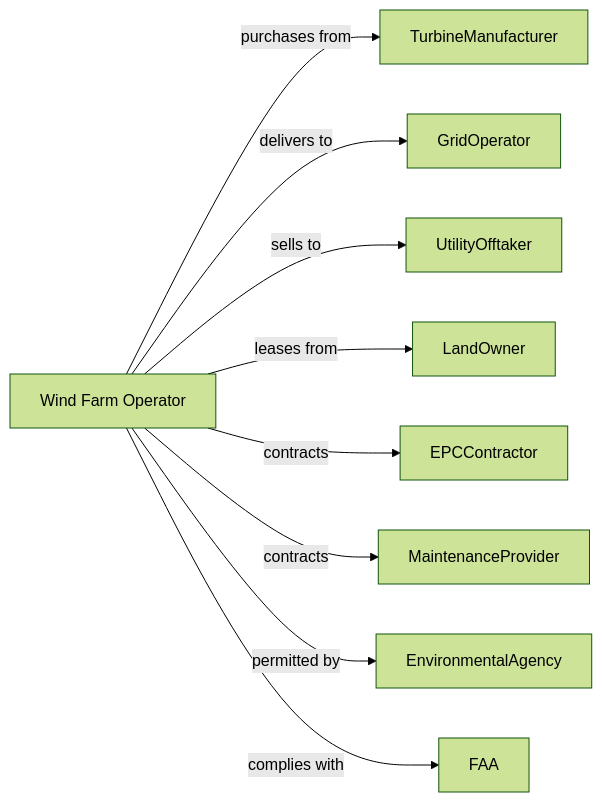
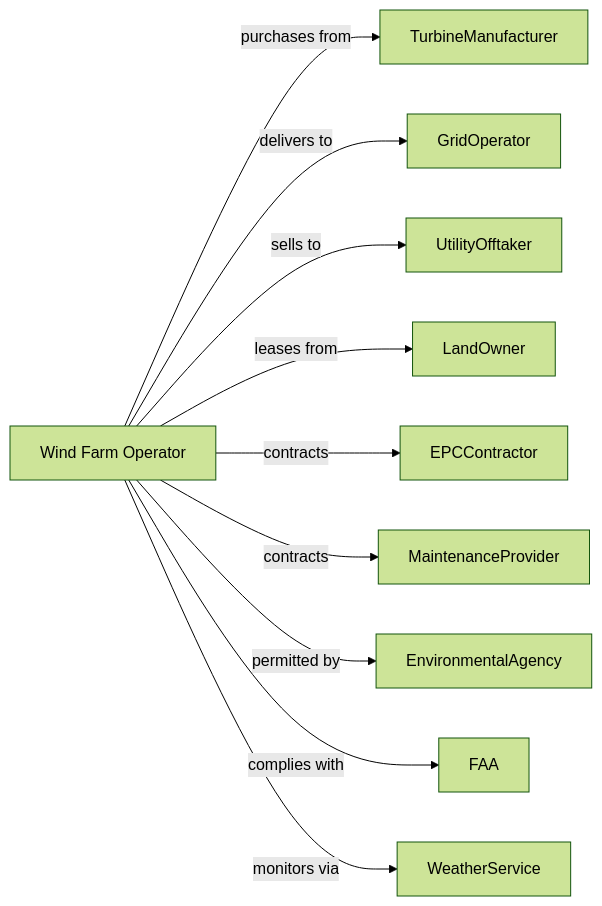
One commit to dot-org-ai/industries.org.ai changed the second of 2 diagrams in Utilities/Utilities/ElectricPowerGenerationTransmissionAndDistribution/WindElectricPowerGeneration.mdx. Above: the diagram before and after it, drawn with Mermaid (forest theme). The commit also changed 588 other files, not shown here.

````diff
--- a/Utilities/Utilities/ElectricPowerGenerationTransmissionAndDistribution/WindElectricPowerGeneration.mdx
+++ b/Utilities/Utilities/ElectricPowerGenerationTransmissionAndDistribution/WindElectricPowerGeneration.mdx
@@ -137,13 +137,14 @@
 ```mermaid
 graph LR
     W[Wind Farm Operator]
 
     W -->|purchases from| TurbineManufacturer
     W -->|delivers to| GridOperator
     W -->|sells to| UtilityOfftaker
     W -->|leases from| LandOwner
     W -->|contracts| EPCContractor
     W -->|contracts| MaintenanceProvider
     W -->|permitted by| EnvironmentalAgency
     W -->|complies with| FAA
+    W -->|monitors via| WeatherService
 ```
````
